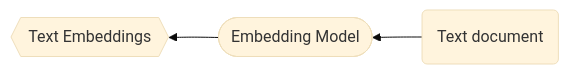
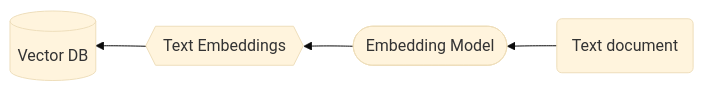
One commit to sariaslaso/query-engine-RAG changed the diagram in README.md. Above: the diagram before and after it, drawn with Mermaid (base theme).

Commit message:
trying out mermaid

````diff
--- a/README.md
+++ b/README.md
@@ -5,5 +5,6 @@
 ```mermaid
 flowchart RL
 	id1(Text document) --> id2([Embedding Model]);
 	id2 --> id3@{ shape: hex, label: "Text Embeddings"};
+	id3 --> id4[(Vector DB)]
 ```
````
